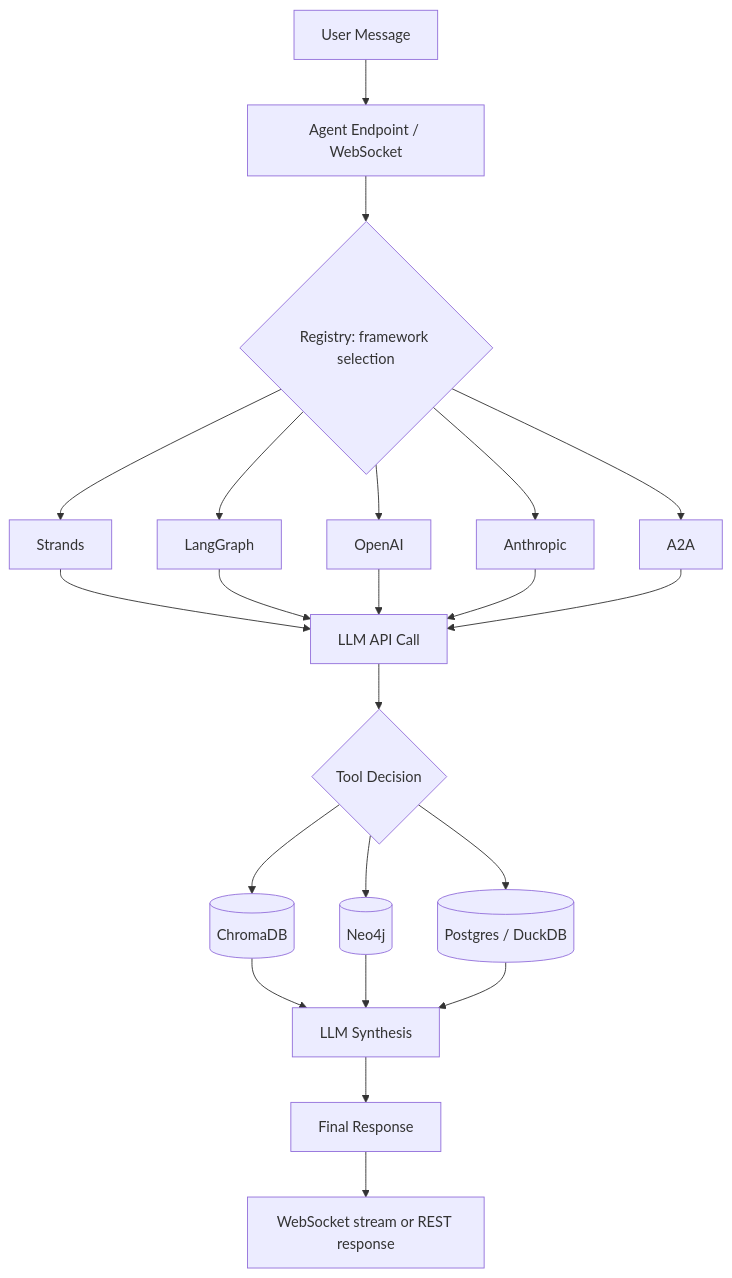
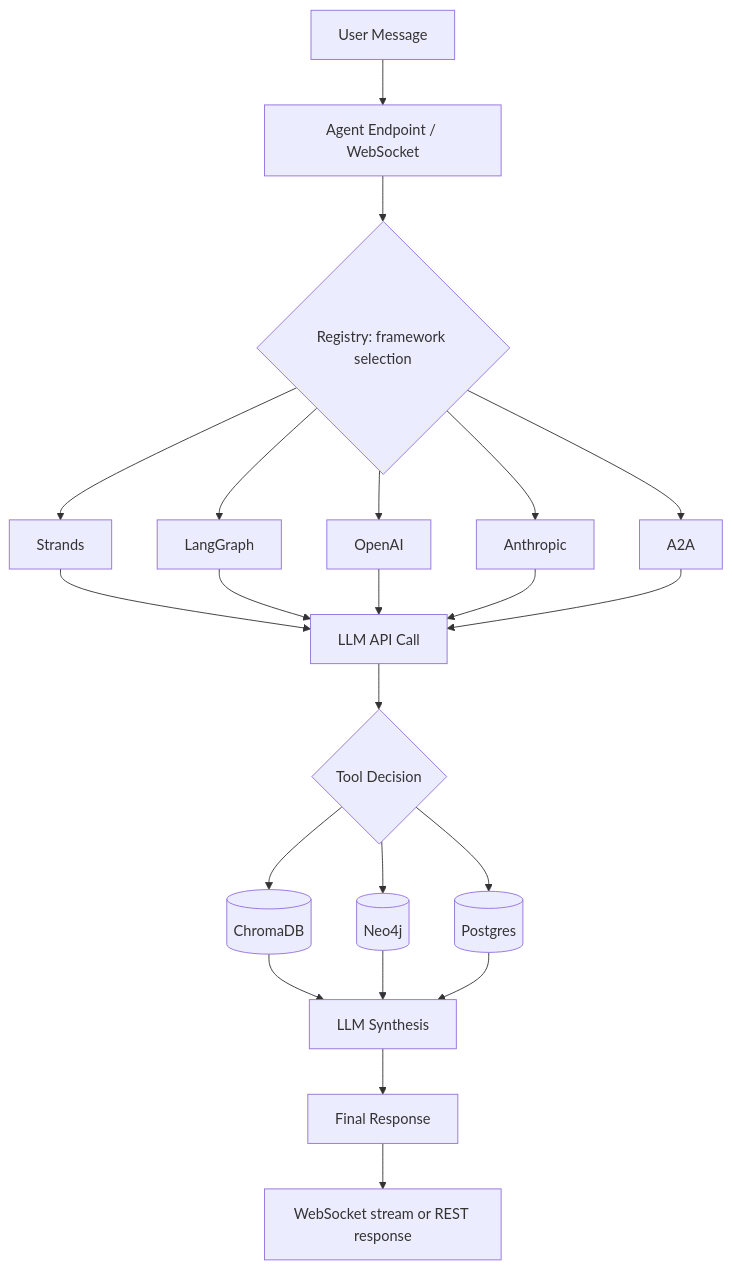
Before and after one commit to annabeckers/q-hack-2026: the second of 7 diagrams in docs/architecture.md, drawn with Mermaid. The commit also changed other lines of this file and 20 other files, not shown here.

````diff
--- a/docs/architecture.md
+++ b/docs/architecture.md
@@ -127,24 +127,24 @@
 ```mermaid
 flowchart TD
     A[User Message] --> B[Agent Endpoint / WebSocket]
     B --> C{Registry: framework selection}
     C --> D[Strands]
     C --> E[LangGraph]
     C --> F[OpenAI]
     C --> G[Anthropic]
     C --> H[A2A]
     D --> I[LLM API Call]
     E --> I
     F --> I
     G --> I
     H --> I
     I --> J{Tool Decision}
     J --> K[(ChromaDB)]
     J --> L[(Neo4j)]
-    J --> M[(Postgres / DuckDB)]
+    J --> M[(Postgres)]
     K --> N[LLM Synthesis]
     L --> N
     M --> N
     N --> O[Final Response]
     O --> P[WebSocket stream or REST response]
 ```
````
